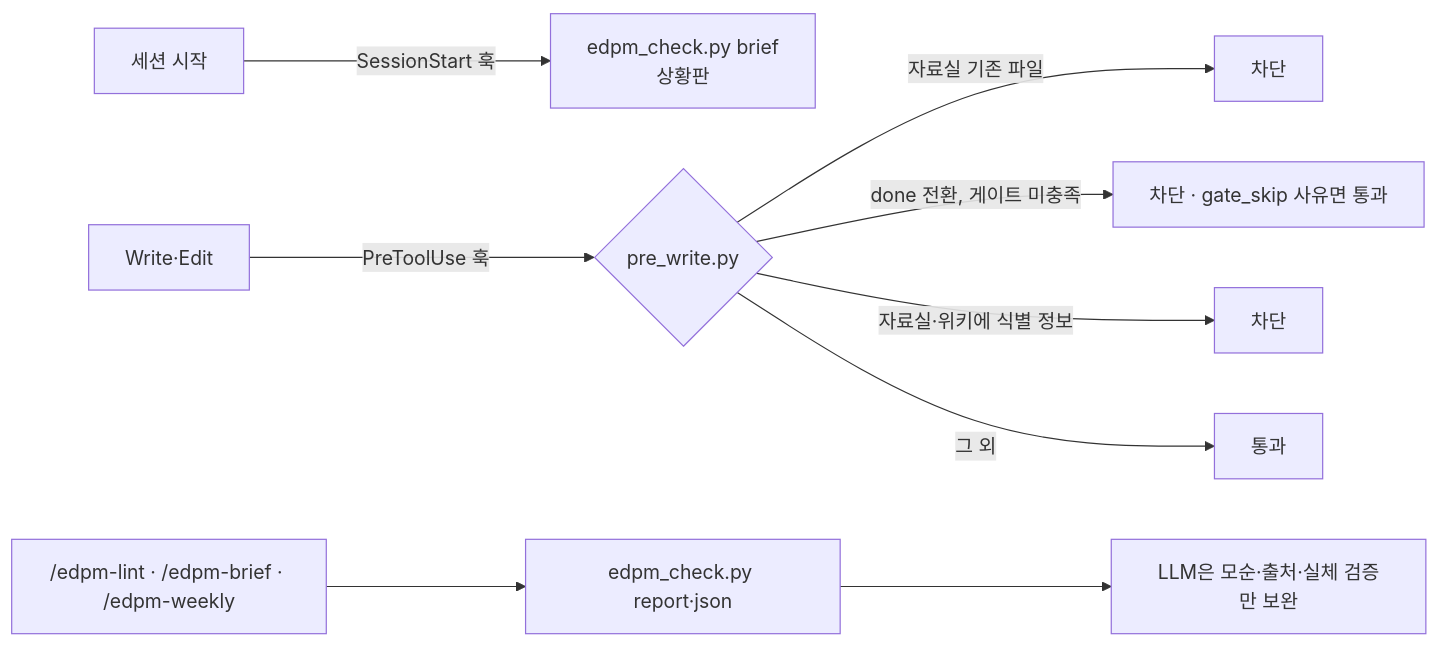
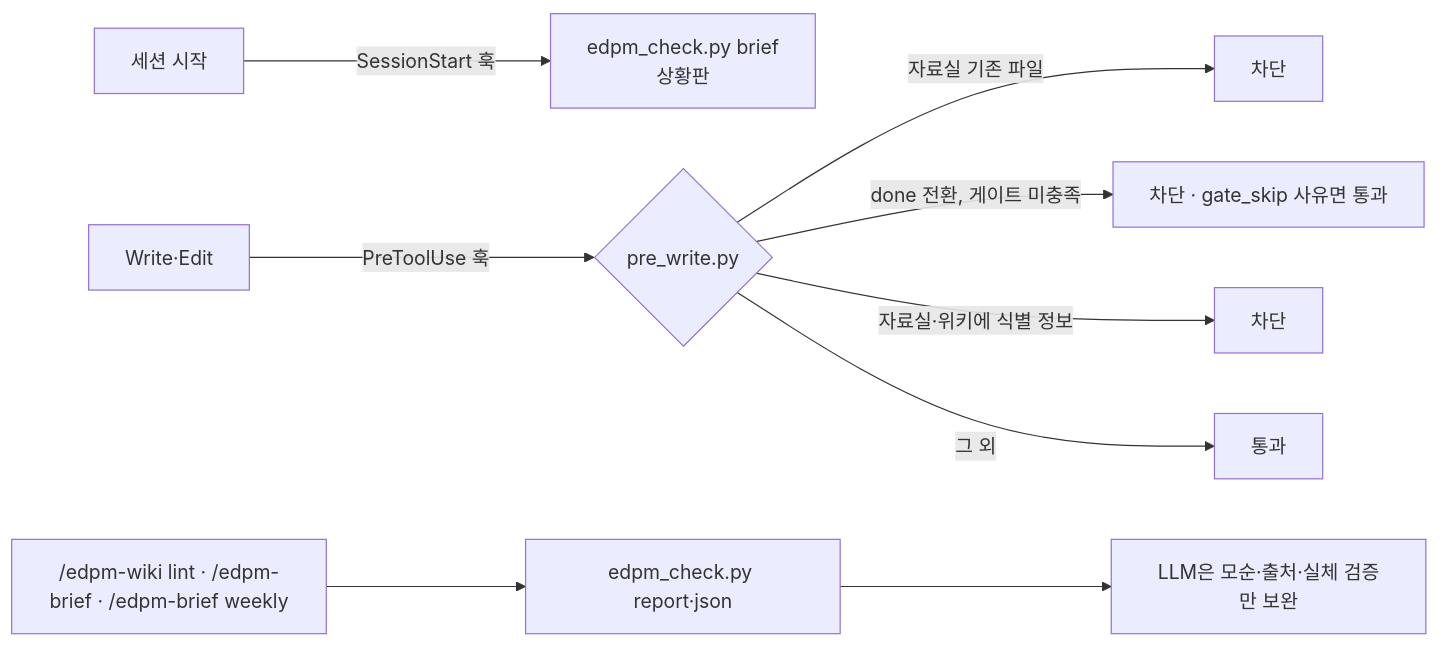
The diagram in guide/13.하네스와점검.md (rey-hailey/agent-driven-edpm), drawn with Mermaid before and after one commit. The commit also changed other lines of this file and 253 other files, not shown here.

````diff
--- a/guide/13.하네스와점검.md
+++ b/guide/13.하네스와점검.md
@@ -7,11 +7,11 @@
 ```mermaid
 graph LR
     S[세션 시작] -->|SessionStart 훅| B[edpm_check.py brief<br/>상황판]
     W[Write·Edit] -->|PreToolUse 훅| G{pre_write.py}
     G -->|자료실 기존 파일| X1[차단]
     G -->|done 전환, 게이트 미충족| X2[차단 · gate_skip 사유면 통과]
     G -->|자료실·위키에 식별 정보| X3[차단]
     G -->|그 외| OK[통과]
-    L["/edpm-lint · /edpm-brief · /edpm-weekly"] --> R[edpm_check.py report·json]
+    L["/edpm-wiki lint · /edpm-brief · /edpm-brief weekly"] --> R[edpm_check.py report·json]
     R --> LLM[LLM은 모순·출처·실체 검증만 보완]
 ```
````
